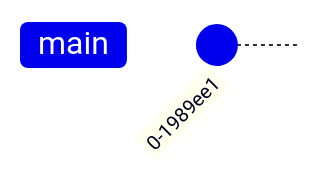
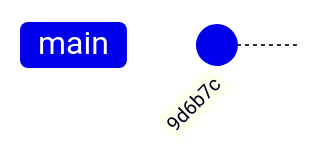
Before and after one commit to opensourcecourse/opencourse: the second of 11 diagrams in modules/git/slides.qmd, drawn with Mermaid. The commit also changed other lines of this file, not shown here.

````diff
--- a/modules/git/slides.qmd
+++ b/modules/git/slides.qmd
@@ -171,5 +185,5 @@
 ```{mermaid}
 %%| fig-width: 5
 gitGraph
-   commit id: "0-1989ee1"
+   commit id: "9d6b7c"
 ```
````
